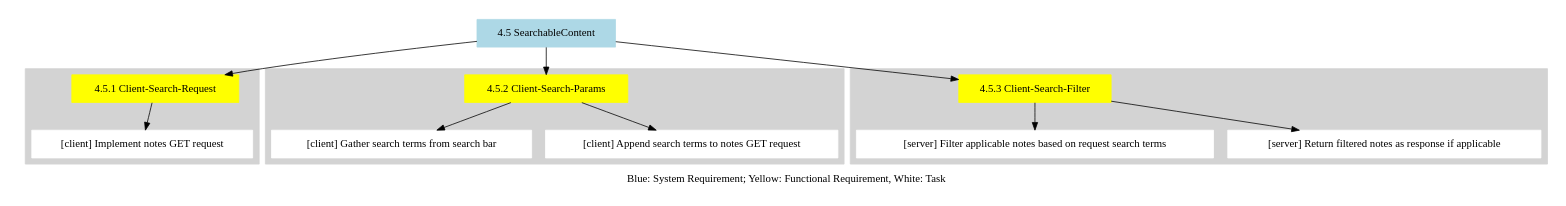
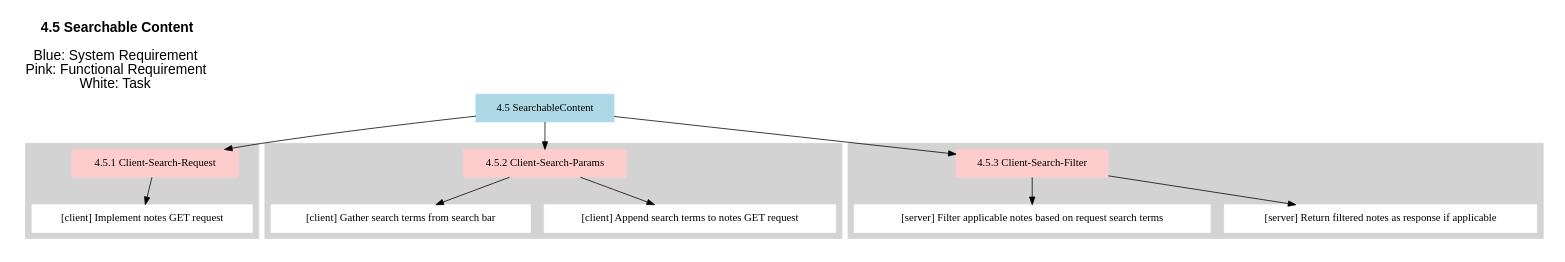
The diagram in docs/work_breakdown_structure/sf4.5.dot (tamaramicevic/Invisible-Ink), drawn with Graphviz before and after one commit. The commit also changed 5 other files, not shown here.

```diff
--- a/docs/work_breakdown_structure/sf4.5.dot
+++ b/docs/work_breakdown_structure/sf4.5.dot
@@ -1,44 +1,50 @@
 /*
 Searchable Content:
 Client-Search-Request: The client would send a GET request for all notes in the proximity
 
 Client-Search-Params: The GET request should have search terms as optional parameters
 
 Client-Search-Filter: The server should find the notes within the range of the user and filter them by the search terms provided (if any).
 */
 
-digraph
+digraph L
 {
+    fontsize = 18
+    fontname = Arial
+    labelloc = "t"
+    labeljust = "l"
+    rankdir="TB"
     size="10.25, 7.75";
     overlap="compress"
     node [shape = rect, color=lightblue, style=filled]; "4.5 SearchableContent";  // System Reqs
-    node [shape = rect, color=yellow];                    // Functional Reqs
+    node [shape = rect, color="#FFCCCC"];                    // Functional Reqs
     "4.5.1 Client-Search-Request" 
     "4.5.2 Client-Search-Params" 
     "4.5.3 Client-Search-Filter";                              
     node [shape = rect, color=black];      // Tasks
     "4.5 SearchableContent" -> "4.5.1 Client-Search-Request";
     "4.5 SearchableContent" -> "4.5.2 Client-Search-Params"; 
     "4.5 SearchableContent" -> "4.5.3 Client-Search-Filter";        
     subgraph cluster_0 {
 		style=filled;
 		color=lightgrey;
 		node [style=filled,color=white];
         "4.5.1 Client-Search-Request" -> "[client] Implement notes GET request"
 	}
     subgraph cluster_1 {
 		style=filled;
 		color=lightgrey;
 		node [style=filled,color=white];
         "4.5.2 Client-Search-Params" -> "[client] Gather search terms from search bar"
         "4.5.2 Client-Search-Params" -> "[client] Append search terms to notes GET request"
 	}
     subgraph cluster_2 {
 		style=filled;
 		color=lightgrey;
 		node [style=filled,color=white];
         "4.5.3 Client-Search-Filter" -> "[server] Filter applicable notes based on request search terms"
         "4.5.3 Client-Search-Filter" -> "[server] Return filtered notes as response if applicable"
 	}
-    label="Blue: System Requirement; Yellow: Functional Requirement, White: Task";
+    
+    label = <<b>4.5 Searchable Content</b><br/><br/> Blue: System Requirement<br/> Pink: Functional Requirement<br/> White: Task>
 }
```
